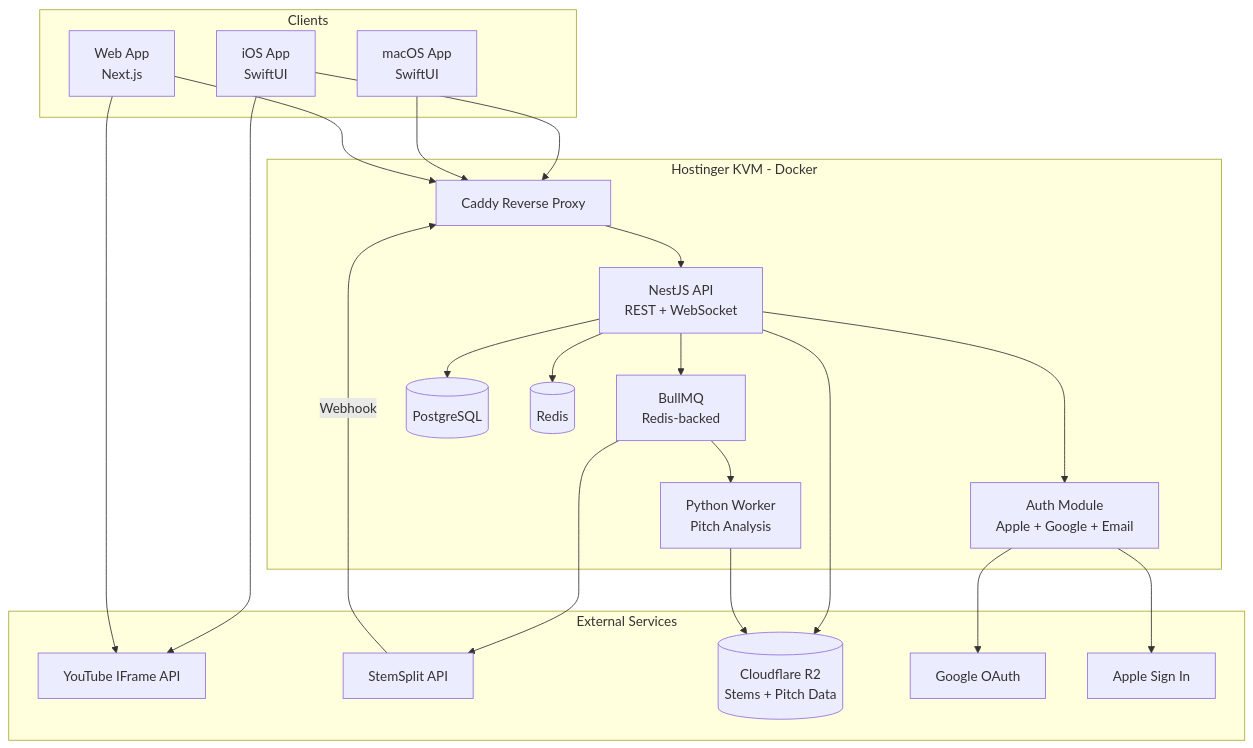
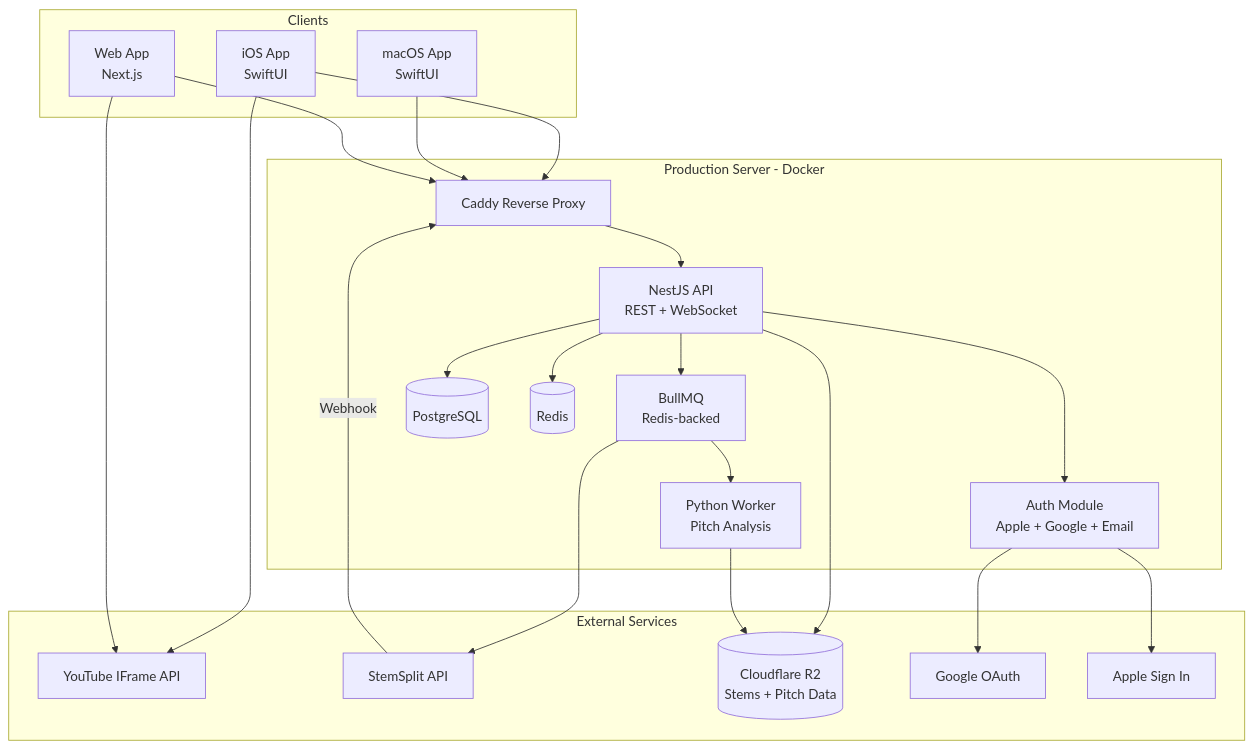
The first of 2 diagrams in docs/02-architecture.md (pawelgawliczek/intonavio), drawn with Mermaid before and after one commit. The commit also changed other lines of this file and 17 other files, not shown here.

````diff
--- a/docs/02-architecture.md
+++ b/docs/02-architecture.md
@@ -7,49 +7,49 @@
 ```mermaid
 graph TD
     subgraph Clients
         iOS[iOS App<br/>SwiftUI]
         macOS[macOS App<br/>SwiftUI]
         Web[Web App<br/>Next.js]
     end
 
-    subgraph Hostinger KVM - Docker
+    subgraph Production Server - Docker
         Caddy[Caddy Reverse Proxy]
         API[NestJS API<br/>REST + WebSocket]
         Auth[Auth Module<br/>Apple + Google + Email]
         Queue[BullMQ<br/>Redis-backed]
         Worker[Python Worker<br/>Pitch Analysis]
         PG[(PostgreSQL)]
         Redis[(Redis)]
     end
 
     subgraph External Services
         YT[YouTube IFrame API]
         SS[StemSplit API]
         R2[(Cloudflare R2<br/>Stems + Pitch Data)]
         Google[Google OAuth]
         Apple[Apple Sign In]
     end
 
     iOS --> Caddy
     macOS --> Caddy
     Web --> Caddy
 
     iOS --> YT
     Web --> YT
 
     Caddy --> API
     API --> Auth
     API --> PG
     API --> Redis
     API --> Queue
     API --> R2
 
     Auth --> Google
     Auth --> Apple
 
     Queue --> Worker
     Queue --> SS
 
     SS -->|Webhook| Caddy
     Worker --> R2
 ```
````
